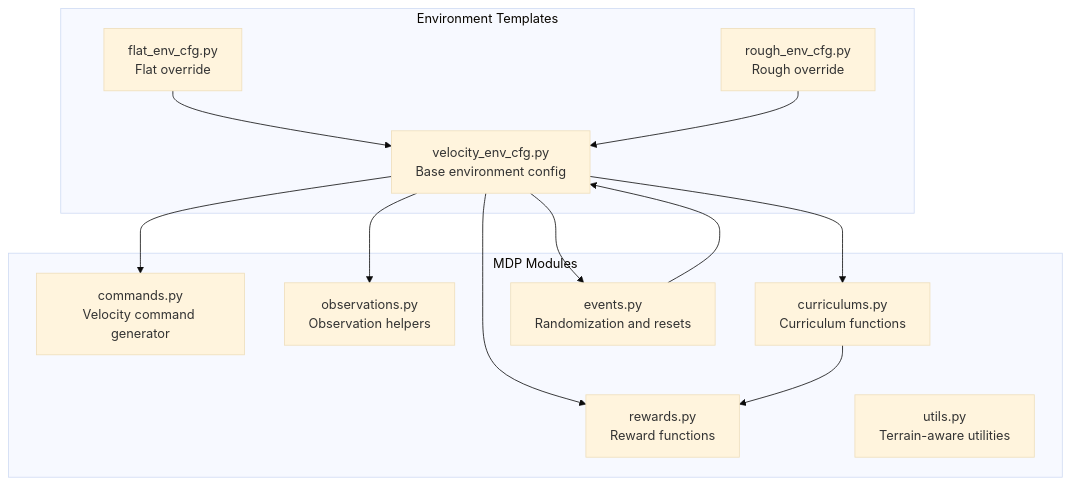
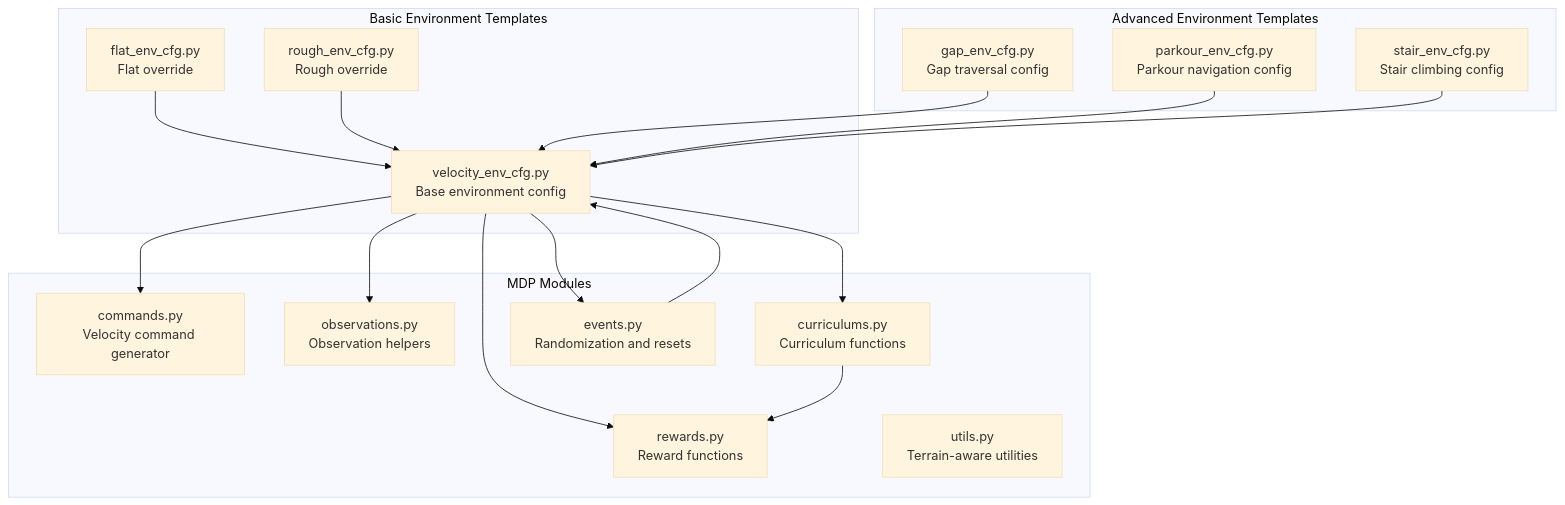
One commit to jayjayhust/robot_lab changed the first of 9 diagrams in .qoder/repowiki/en/content/Task Configuration Framework/Velocity-Based Locomotion Tasks/Velocity-Based Locomotion Tasks.md. Above: the diagram before and after it, drawn with Mermaid (base theme). The commit also changed other lines of this file and 9 other files, not shown here.

````diff
--- a/.qoder/repowiki/en/content/Task Configuration Framework/Velocity-Based Locomotion Tasks/Velocity-Based Locomotion Tasks.md
+++ b/.qoder/repowiki/en/content/Task Configuration Framework/Velocity-Based Locomotion Tasks/Velocity-Based Locomotion Tasks.md
@@ -46,25 +52,33 @@
 ```mermaid
 graph TB
-subgraph "Environment Templates"
+subgraph "Basic Environment Templates"
 BaseCfg["velocity_env_cfg.py<br/>Base environment config"]
 FlatCfg["flat_env_cfg.py<br/>Flat override"]
 RoughCfg["rough_env_cfg.py<br/>Rough override"]
+end
+subgraph "Advanced Environment Templates"
+GapCfg["gap_env_cfg.py<br/>Gap traversal config"]
+ParkourCfg["parkour_env_cfg.py<br/>Parkour navigation config"]
+StairCfg["stair_env_cfg.py<br/>Stair climbing config"]
 end
 subgraph "MDP Modules"
 Cmd["commands.py<br/>Velocity command generator"]
 Obs["observations.py<br/>Observation helpers"]
 Rew["rewards.py<br/>Reward functions"]
 Cur["curriculums.py<br/>Curriculum functions"]
 Ev["events.py<br/>Randomization and resets"]
 Util["utils.py<br/>Terrain-aware utilities"]
 end
 BaseCfg --> Cmd
 BaseCfg --> Obs
 BaseCfg --> Rew
 BaseCfg --> Cur
 BaseCfg --> Ev
 FlatCfg --> BaseCfg
 RoughCfg --> BaseCfg
+GapCfg --> BaseCfg
+ParkourCfg --> BaseCfg
+StairCfg --> BaseCfg
 Cur --> Rew
 Ev --> BaseCfg
 ```
````
